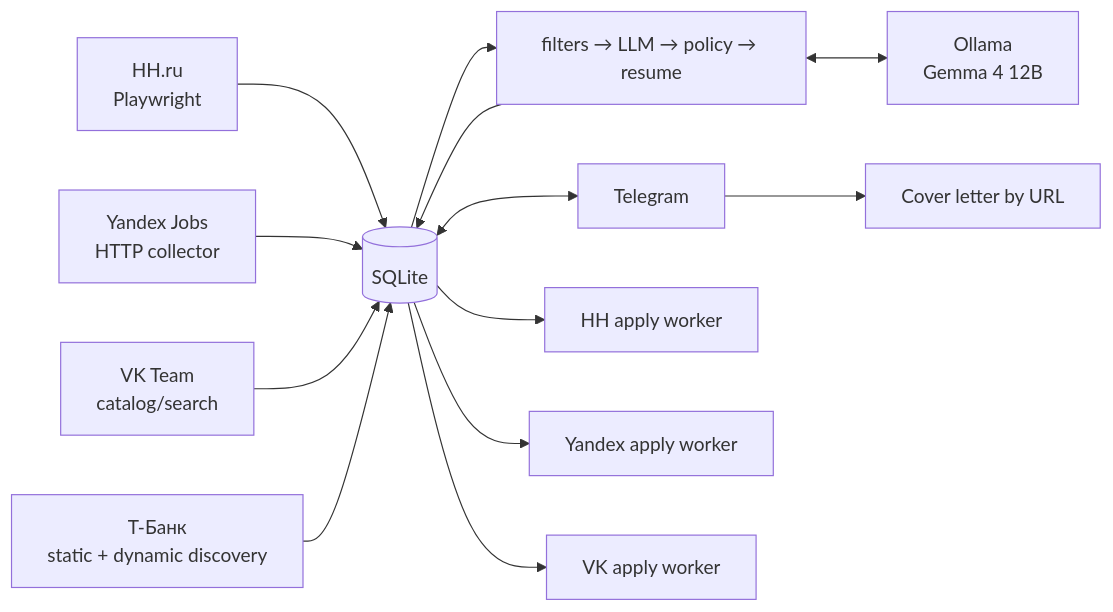
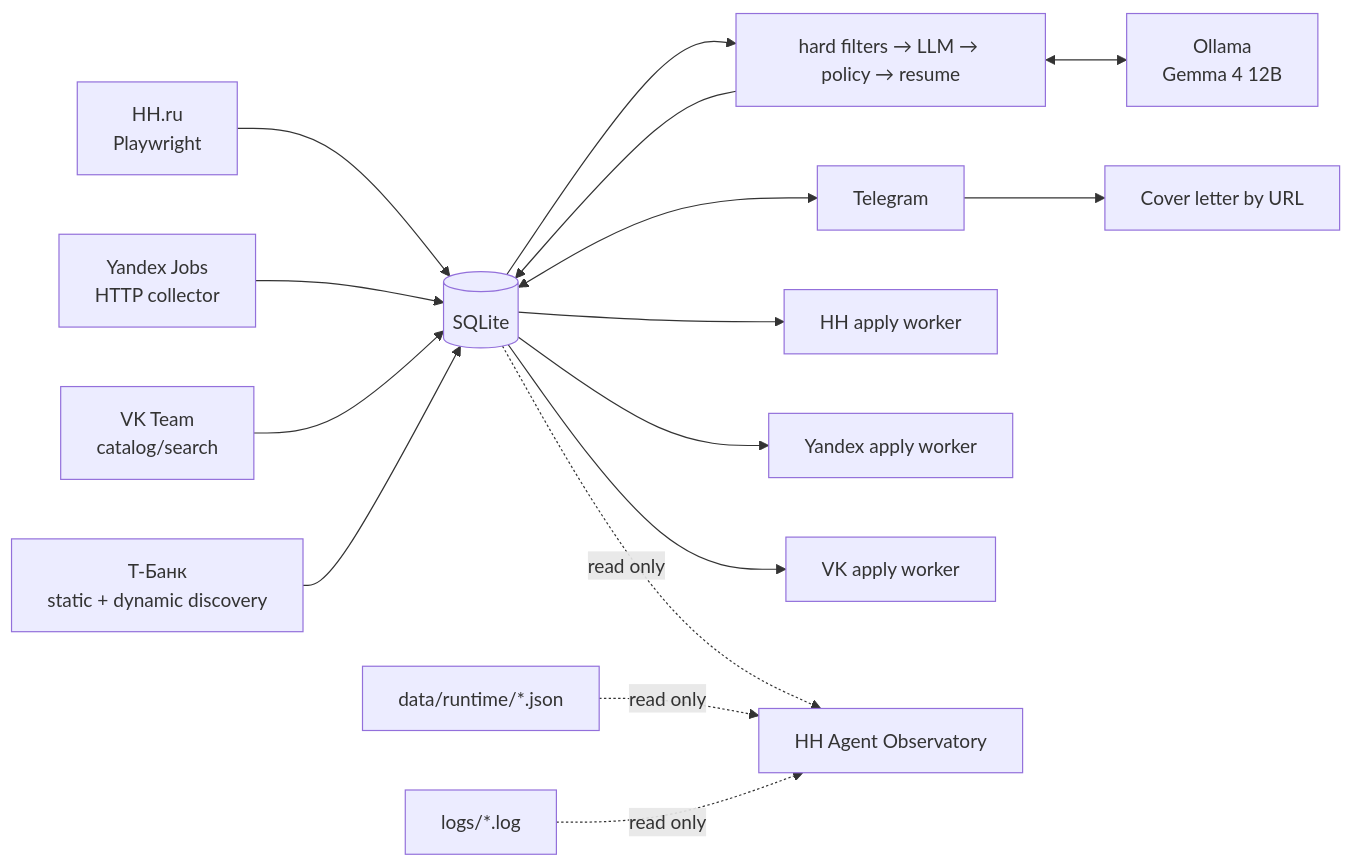
Before and after one commit to Xander-Rude/hh-agent: the diagram in README.md, drawn with Mermaid. The commit also changed other lines of this file and 1 other file, not shown here.

Commit message:
docs: refresh README and showcase Observatory

````diff
--- a/README.md
+++ b/README.md
@@ -39,18 +53,22 @@
 ```mermaid
 flowchart LR
     HH[HH.ru<br/>Playwright] --> DB[(SQLite)]
     YA[Yandex Jobs<br/>HTTP collector] --> DB
     VK[VK Team<br/>catalog/search] --> DB
-    TB[T-Банк<br/>static + dynamic discovery] --> DB
+    TB[Т-Банк<br/>static + dynamic discovery] --> DB
 
-    DB --> EVAL[filters → LLM → policy → resume]
+    DB --> EVAL[hard filters → LLM → policy → resume]
     EVAL <--> LLM[Ollama<br/>Gemma 4 12B]
     EVAL --> DB
 
     DB <--> TG[Telegram]
     TG --> COVER[Cover letter by URL]
 
     DB --> HHA[HH apply worker]
     DB --> YAA[Yandex apply worker]
     DB --> VKA[VK apply worker]
+
+    DB -. read only .-> OBS[HH Agent Observatory]
+    RT[data/runtime/*.json] -. read only .-> OBS
+    LOGS[logs/*.log] -. read only .-> OBS
 ```
````
